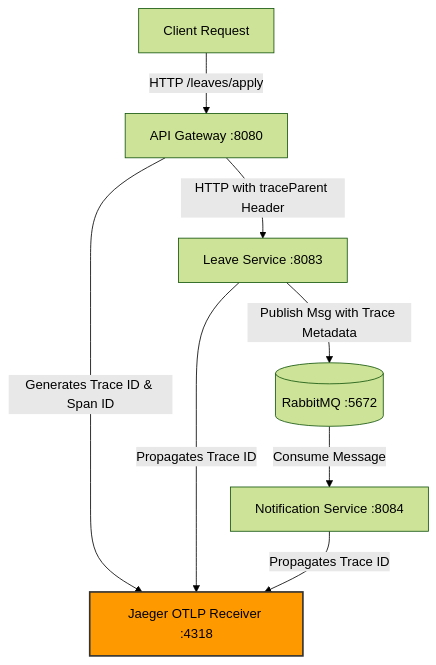
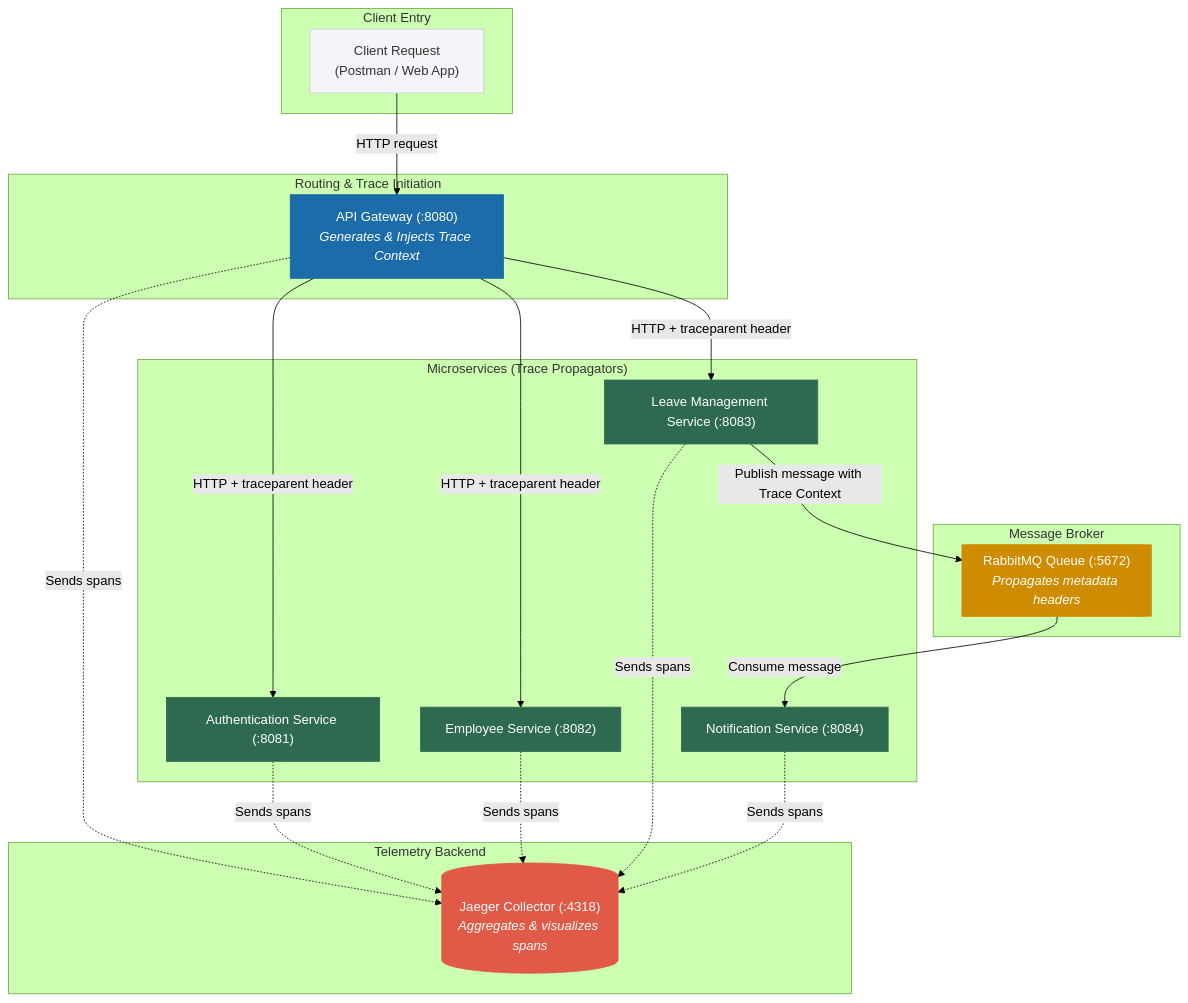
One commit to niloymcs17/NAGP2026 changed the diagram in documentation/cross-cutting-concerns/distributed_tracing.md. Above: the diagram before and after it, drawn with Mermaid (forest theme). The commit also changed other lines of this file and 4 other files, not shown here.

````diff
--- a/documentation/cross-cutting-concerns/distributed_tracing.md
+++ b/documentation/cross-cutting-concerns/distributed_tracing.md
@@ -21,16 +20,57 @@
 ```mermaid
-graph TD
-    Client[Client Request] -->|HTTP /leaves/apply| Gateway[API Gateway :8080]
-    Gateway -->|Generates Trace ID & Span ID| Jaeger[Jaeger OTLP Receiver :4318]
-    
-    Gateway -->|HTTP with traceParent Header| LeaveService[Leave Service :8083]
-    LeaveService -->|Propagates Trace ID| Jaeger
-    
-    LeaveService -->|Publish Msg with Trace Metadata| RabbitMQ[(RabbitMQ :5672)]
-    
-    RabbitMQ -->|Consume Message| NotificationService[Notification Service :8084]
-    NotificationService -->|Propagates Trace ID| Jaeger
-    
-    classDef jaeger fill:#ff9900,stroke:#333,stroke-width:2px;
+flowchart TD
+    %% Define Styles
+    classDef gateway fill:#1b6ca8,stroke:#1b6ca8,stroke-width:1px,color:#fff;
+    classDef service fill:#2d6a4f,stroke:#2d6a4f,stroke-width:1px,color:#fff;
+    classDef broker fill:#d08c00,stroke:#d08c00,stroke-width:1px,color:#fff;
+    classDef jaeger fill:#e05a47,stroke:#e05a47,stroke-width:1px,color:#fff;
+    classDef client fill:#f4f4f9,stroke:#ccc,stroke-width:1px,color:#333;
+
+    %% Subgraphs for Logical Grouping
+    subgraph ClientSpace ["Client Entry"]
+        Client["Client Request<br/>(Postman / Web App)"]
+    end
+
+    subgraph GatewaySpace ["Routing & Trace Initiation"]
+        Gateway["API Gateway (:8080)<br/><i>Generates & Injects Trace Context</i>"]
+    end
+
+    subgraph ServiceSpace ["Microservices (Trace Propagators)"]
+        AuthService["Authentication Service (:8081)"]
+        EmployeeService["Employee Service (:8082)"]
+        LeaveService["Leave Management Service (:8083)"]
+        NotificationService["Notification Service (:8084)"]
+    end
+
+    subgraph BrokerSpace ["Message Broker"]
+        RabbitMQ[["RabbitMQ Queue (:5672)<br/><i>Propagates metadata headers</i>"]]
+    end
+
+    subgraph ObsSpace ["Telemetry Backend"]
+        Jaeger[("Jaeger Collector (:4318)<br/><i>Aggregates & visualizes spans</i>")]
+    end
+
+    %% Execution Flows (Solid lines)
+    Client -->|HTTP request| Gateway
+    Gateway -->|HTTP + traceparent header| AuthService
+    Gateway -->|HTTP + traceparent header| EmployeeService
+    Gateway -->|HTTP + traceparent header| LeaveService
+
+    %% Asynchronous Flow via Queue
+    LeaveService -->|Publish message with Trace Context| RabbitMQ
+    RabbitMQ -->|Consume message| NotificationService
+
+    %% Background Telemetry Reporting (Dashed lines)
+    Gateway -.->|Sends spans| Jaeger
+    AuthService -.->|Sends spans| Jaeger
+    EmployeeService -.->|Sends spans| Jaeger
+    LeaveService -.->|Sends spans| Jaeger
+    NotificationService -.->|Sends spans| Jaeger
+
+    %% Assign styles
+    class Client client;
+    class Gateway gateway;
+    class AuthService,EmployeeService,LeaveService,NotificationService service;
+    class RabbitMQ broker;
     class Jaeger jaeger;
 ```
````
